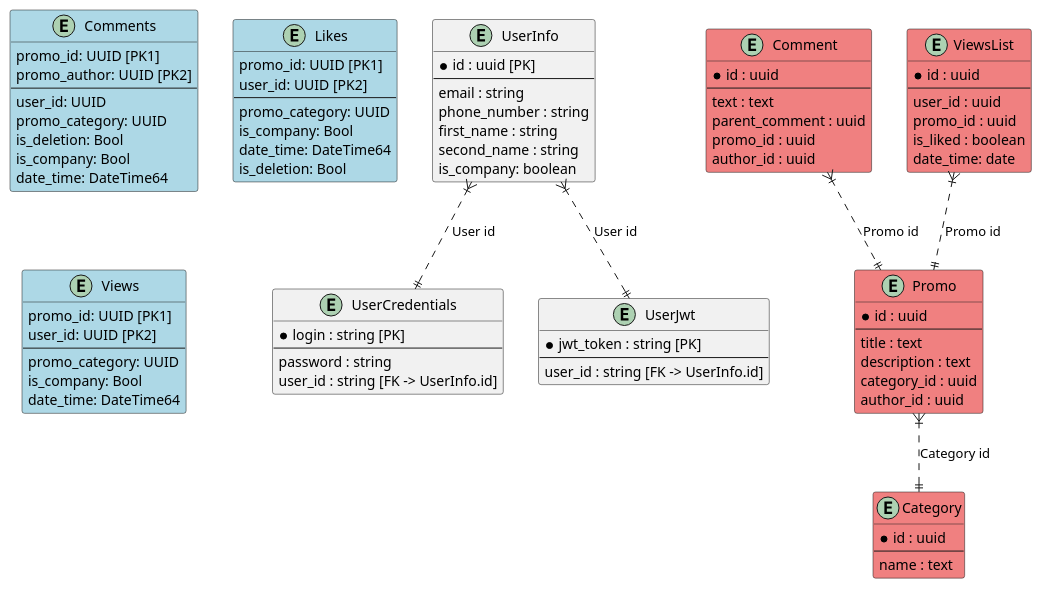
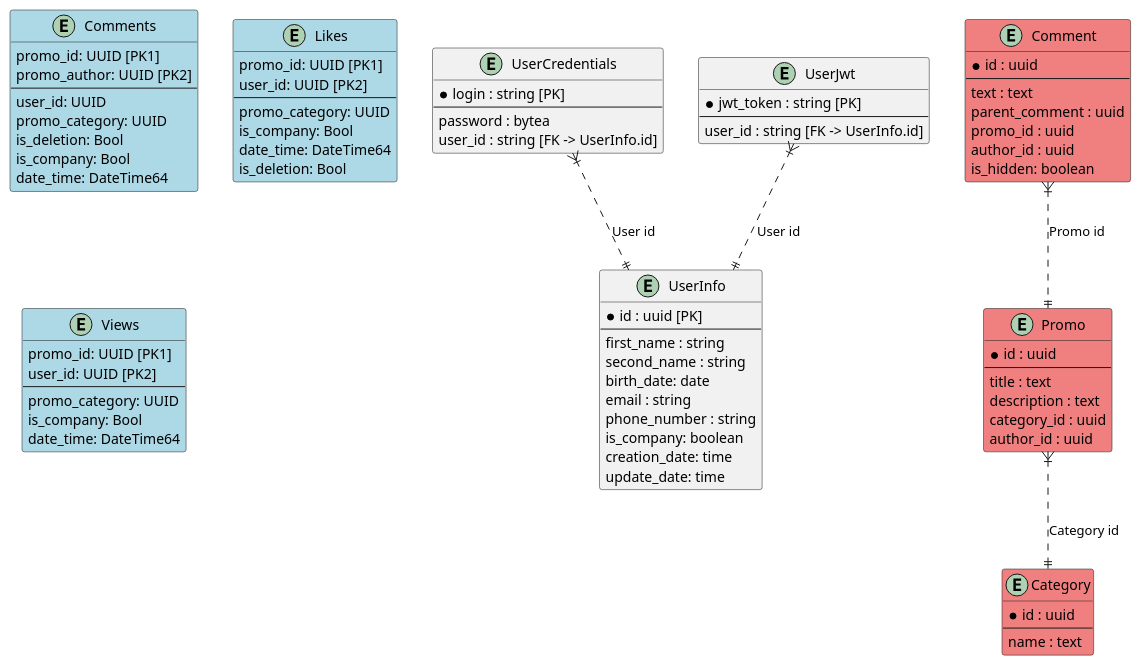
Before and after one commit to danilabokhanov/loyatly-program-platform: the diagram in doc/scheme.puml, drawn with PlantUML. The commit also changed 17 other files, not shown here.

```diff
--- a/doc/scheme.puml
+++ b/doc/scheme.puml
@@ -1,98 +1,91 @@
 @startuml
 
 entity "UserInfo" {
     * id : uuid [PK]
     --
+    first_name : string
+    second_name : string
+    birth_date: date
     email : string
     phone_number : string
-    first_name : string
-    second_name : string
     is_company: boolean
+    creation_date: time
+    update_date: time
 }
 
 entity "UserCredentials" {
     * login : string [PK]
     --
-    password : string
+    password : bytea
     user_id : string [FK -> UserInfo.id]
 }
 
 entity "UserJwt" {
     * jwt_token : string [PK]
     --
     user_id : string [FK -> UserInfo.id]
 }
 
-UserInfo }|..|| UserCredentials : "User id"
-UserInfo }|..|| UserJwt : "User id"
-
+UserCredentials }|..|| UserInfo : "User id"
+UserJwt }|..|| UserInfo : "User id"
 
 entity Promo #lightcoral {
     *id : uuid
     --
     title : text
     description : text
     category_id : uuid
     author_id : uuid
 }
 
 entity Category #lightcoral {
     *id : uuid
     --
     name : text
 }
 
 entity Comment #lightcoral {
     *id : uuid
     --
     text : text
     parent_comment : uuid
     promo_id : uuid
     author_id : uuid
-}
-
-entity ViewsList #lightcoral {
-    *id : uuid
-    --
-    user_id : uuid
-    promo_id : uuid
-    is_liked : boolean
-    date_time: date
+    is_hidden: boolean
 }
 
 Promo }|..|| Category : "Category id"
 Comment }|..|| Promo : "Promo id"
-ViewsList }|..|| Promo : "Promo id"
 
 entity Comments #lightblue {
     promo_id: UUID [PK1]
     promo_author: UUID [PK2]
     --
     user_id: UUID
     promo_category: UUID
     is_deletion: Bool
     is_company: Bool
     date_time: DateTime64
 }
 
 entity Likes #lightblue {
     promo_id: UUID [PK1]
     user_id: UUID [PK2]
     --
     promo_category: UUID
     is_company: Bool
     date_time: DateTime64
     is_deletion: Bool
 }
 
 entity Views #lightblue {
     promo_id: UUID [PK1]
     user_id: UUID [PK2]
     --
     promo_category: UUID
     is_company: Bool
     date_time: DateTime64
 }
 
 
 @enduml
```
